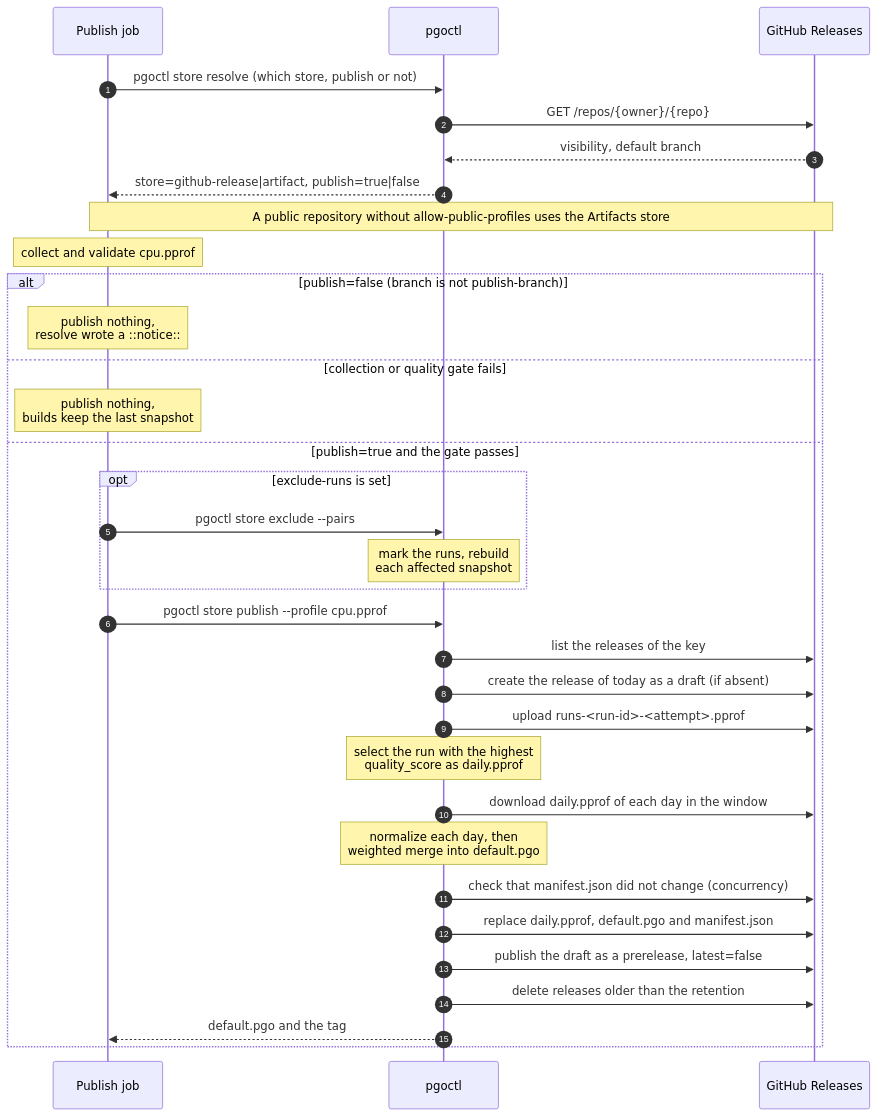
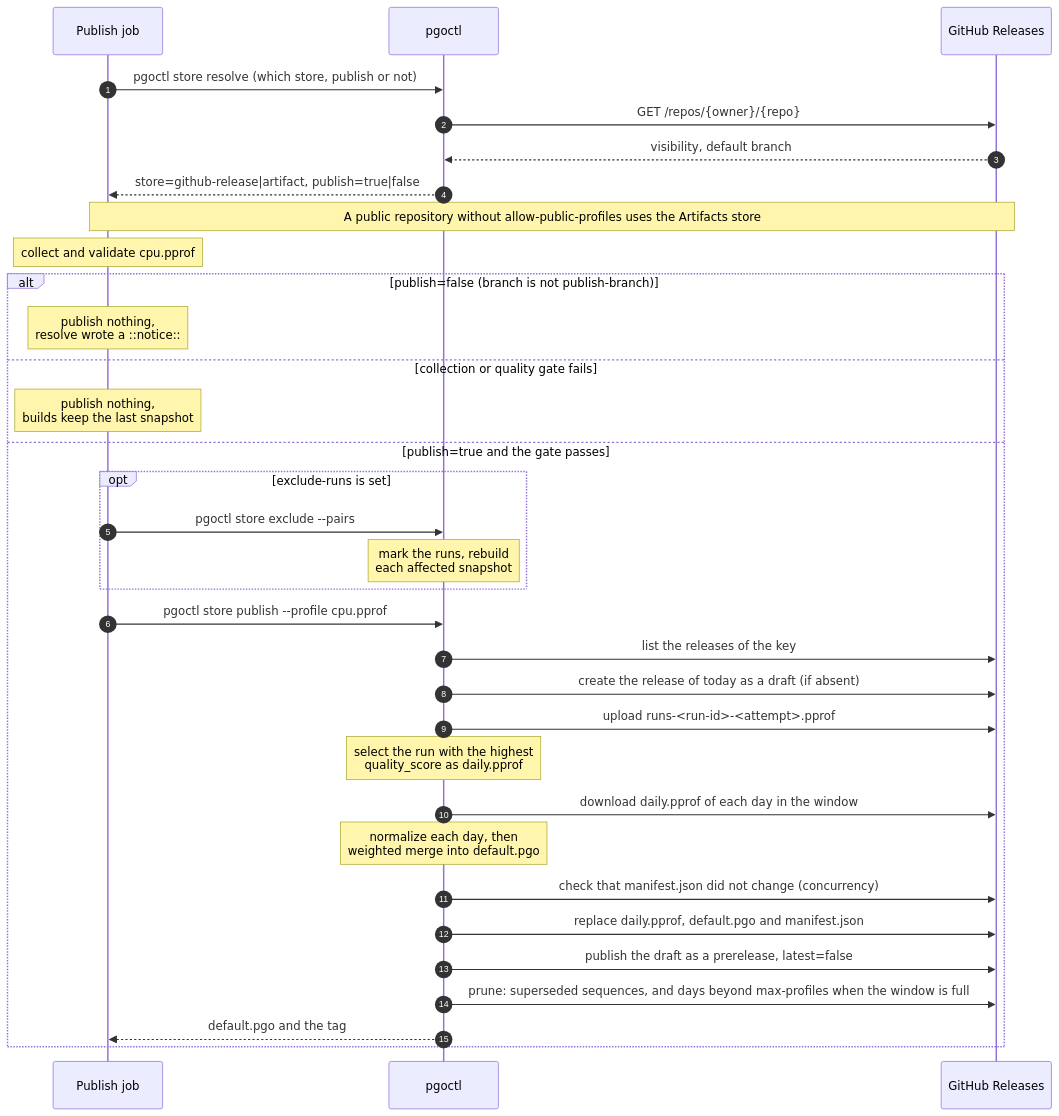
One commit to better-go-labs/pgoctl changed the diagram in issue-62/4-publish.mmd. Above: the diagram before and after it, drawn with Mermaid. The commit also changed 3 other files, not shown here.

Commit message:
docs: artifact store and prune rule in issue 62 diagrams

```diff
--- a/issue-62/4-publish.mmd
+++ b/issue-62/4-publish.mmd
@@ -1,33 +1,33 @@
 sequenceDiagram
   autonumber
   participant J as Publish job
   participant P as pgoctl
   participant G as GitHub Releases
   J->>P: pgoctl store resolve (which store, publish or not)
   P->>G: GET /repos/{owner}/{repo}
   G-->>P: visibility, default branch
   P-->>J: store=github-release|artifact, publish=true|false
   Note over J,G: A public repository without allow-public-profiles uses the Artifacts store
   Note over J: collect and validate cpu.pprof
   alt publish=false (branch is not publish-branch)
     Note over J: publish nothing,<br/>resolve wrote a ::notice::
   else collection or quality gate fails
     Note over J: publish nothing,<br/>builds keep the last snapshot
   else publish=true and the gate passes
     opt exclude-runs is set
       J->>P: pgoctl store exclude --pairs
       Note over P: mark the runs, rebuild<br/>each affected snapshot
     end
     J->>P: pgoctl store publish --profile cpu.pprof
     P->>G: list the releases of the key
     P->>G: create the release of today as a draft (if absent)
     P->>G: upload runs-<run-id>-<attempt>.pprof
     Note over P: select the run with the highest<br/>quality_score as daily.pprof
     P->>G: download daily.pprof of each day in the window
     Note over P: normalize each day, then<br/>weighted merge into default.pgo
     P->>G: check that manifest.json did not change (concurrency)
     P->>G: replace daily.pprof, default.pgo and manifest.json
     P->>G: publish the draft as a prerelease, latest=false
-    P->>G: delete releases older than the retention
+    P->>G: prune: superseded sequences, and days beyond max-profiles when the window is full
     P-->>J: default.pgo and the tag
   end
```
